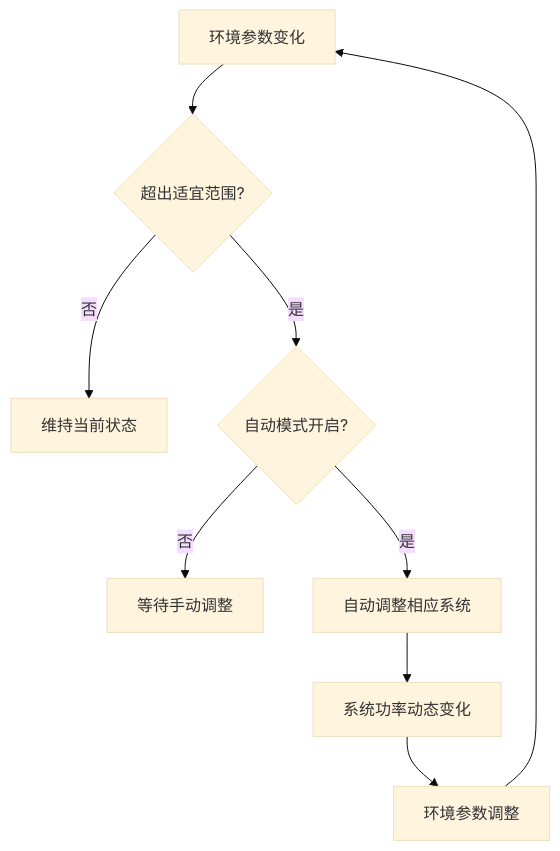
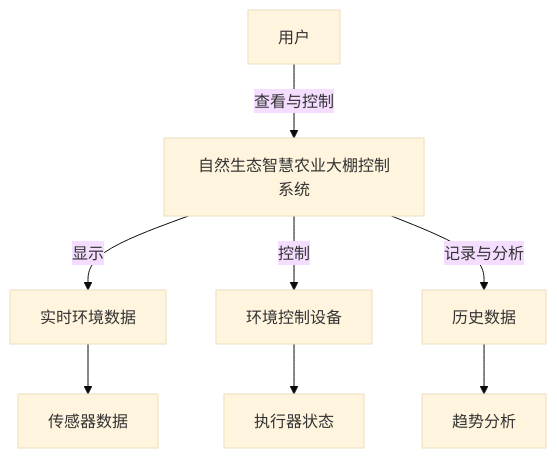
Before and after one commit to GrooveWJH/IntelliAgriculture: the diagram in docs/user-guide/user-manual.md, drawn with Mermaid (base theme). The commit also changed other lines of this file and 34 other files, not shown here.

Commit message:
extract all diagrams.

````diff
--- a/docs/user-guide/user-manual.md
+++ b/docs/user-guide/user-manual.md
@@ -213,11 +7,11 @@
 ```mermaid
-flowchart TD
-    A[环境参数变化] --> B{超出适宜范围?}
-    B -->|否| C[维持当前状态]
-    B -->|是| D{自动模式开启?}
-    D -->|否| E[等待手动调整]
-    D -->|是| F[自动调整相应系统]
-    F --> G[系统功率动态变化]
-    G --> H[环境参数调整]
-    H --> A
-``` 
+graph TD
+    A[用户] -->|查看与控制| B[自然生态智慧农业大棚控制系统]
+    B -->|显示| C[实时环境数据]
+    B -->|控制| D[环境控制设备]
+    B -->|记录与分析| E[历史数据]
+  
+    C --> F[传感器数据]
+    D --> G[执行器状态]
+    E --> H[趋势分析]
+```
````
